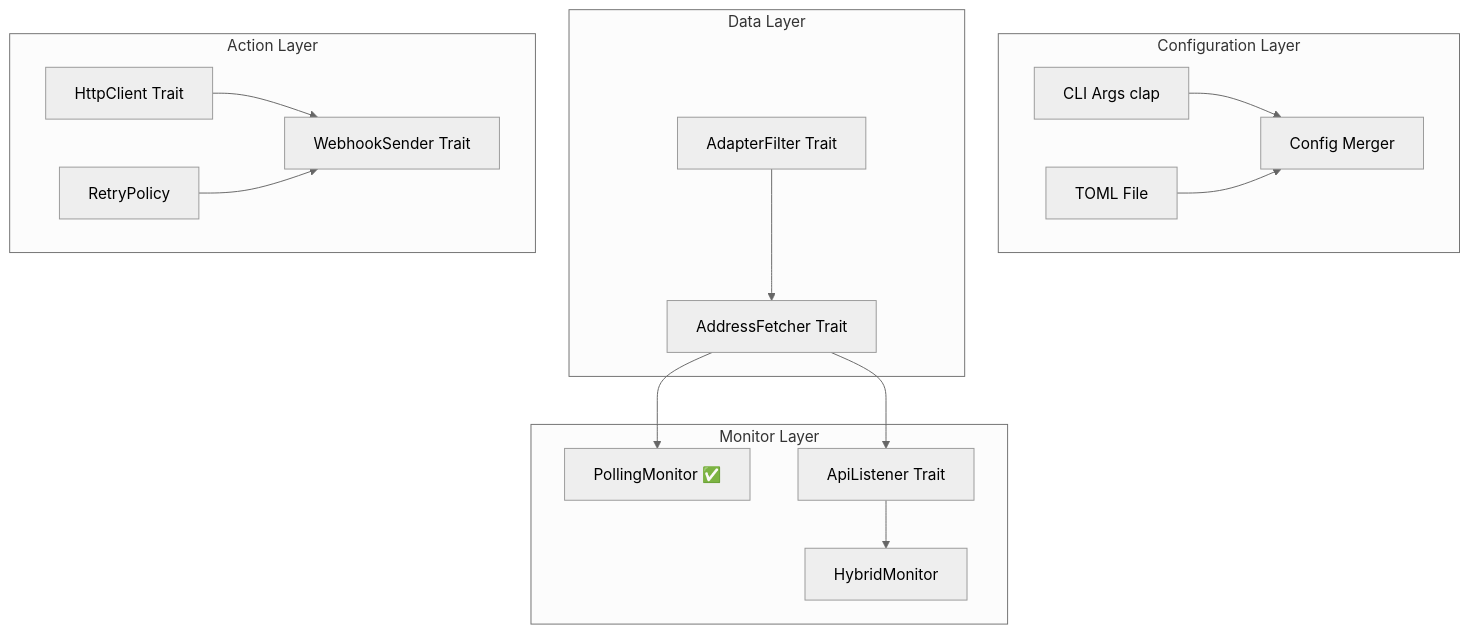
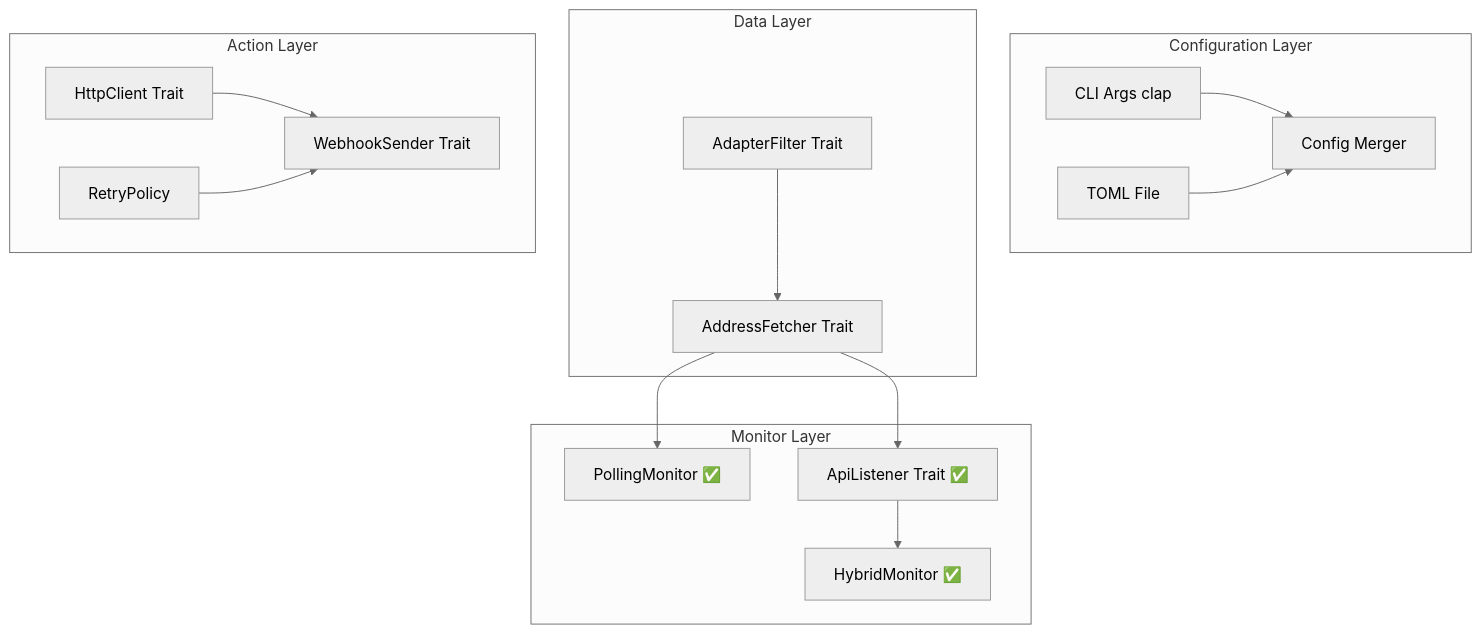
The diagram in docs/Implementation Plan.md (doraemonkeys/ddns-a), drawn with Mermaid (neutral theme) before and after one commit. The commit also changed other lines of this file and 8 other files, not shown here.

````diff
--- a/docs/Implementation Plan.md
+++ b/docs/Implementation Plan.md
@@ -13,34 +13,34 @@
 ```mermaid
 flowchart TB
     subgraph config [Configuration Layer]
         CLI[CLI Args clap]
         TOML[TOML File]
         Merge[Config Merger]
     end
     
     subgraph data [Data Layer]
         Fetcher[AddressFetcher Trait]
         Filter[AdapterFilter Trait]
     end
     
     subgraph monitor [Monitor Layer]
         Poller[PollingMonitor ✅]
-        ApiListener[ApiListener Trait]
-        Hybrid[HybridMonitor]
+        ApiListener[ApiListener Trait ✅]
+        Hybrid[HybridMonitor ✅]
     end
     
     subgraph action [Action Layer]
         HttpClient[HttpClient Trait]
         Sender[WebhookSender Trait]
         Retry[RetryPolicy]
     end
     
     CLI --> Merge
     TOML --> Merge
     Filter --> Fetcher
     Fetcher --> Poller
     Fetcher --> ApiListener
     ApiListener --> Hybrid
     HttpClient --> Sender
     Retry --> Sender
 ```
````
